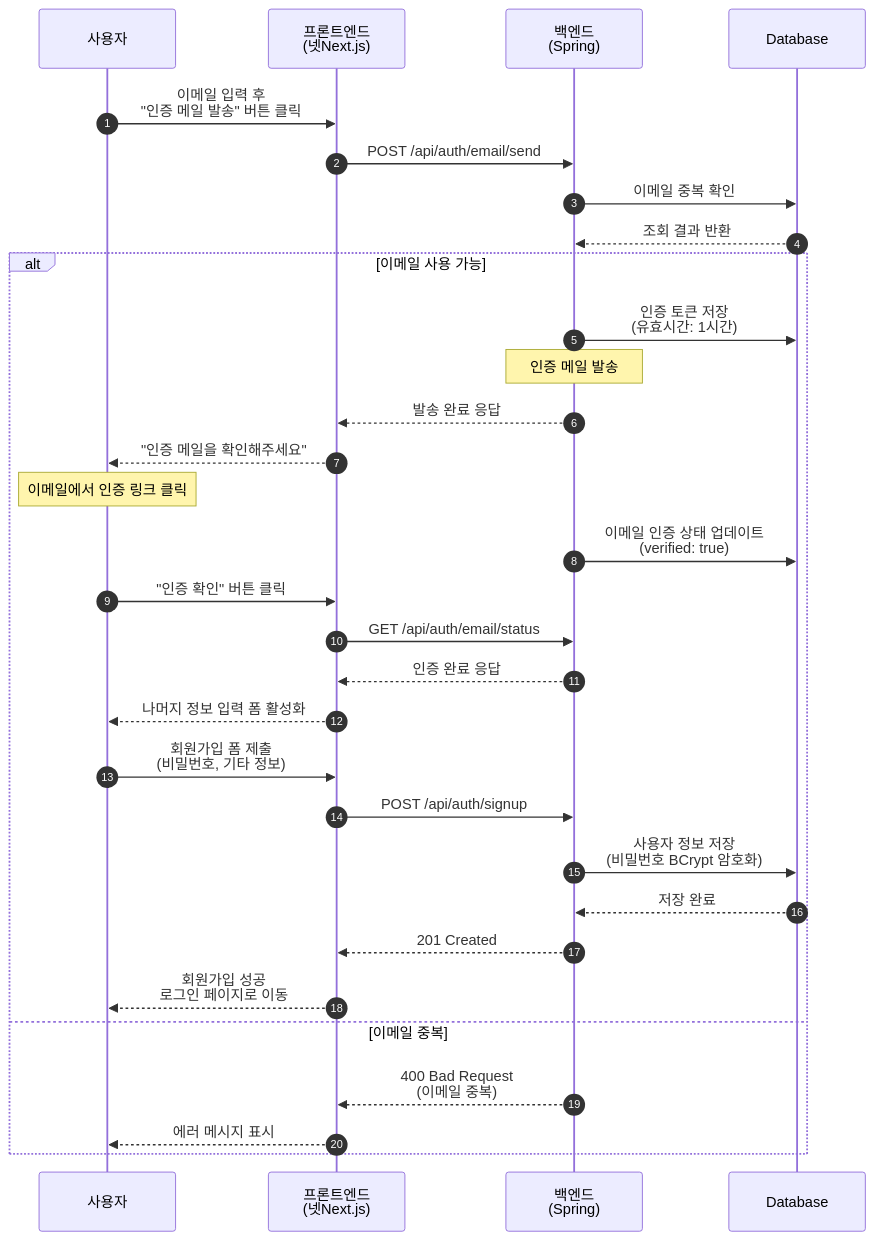
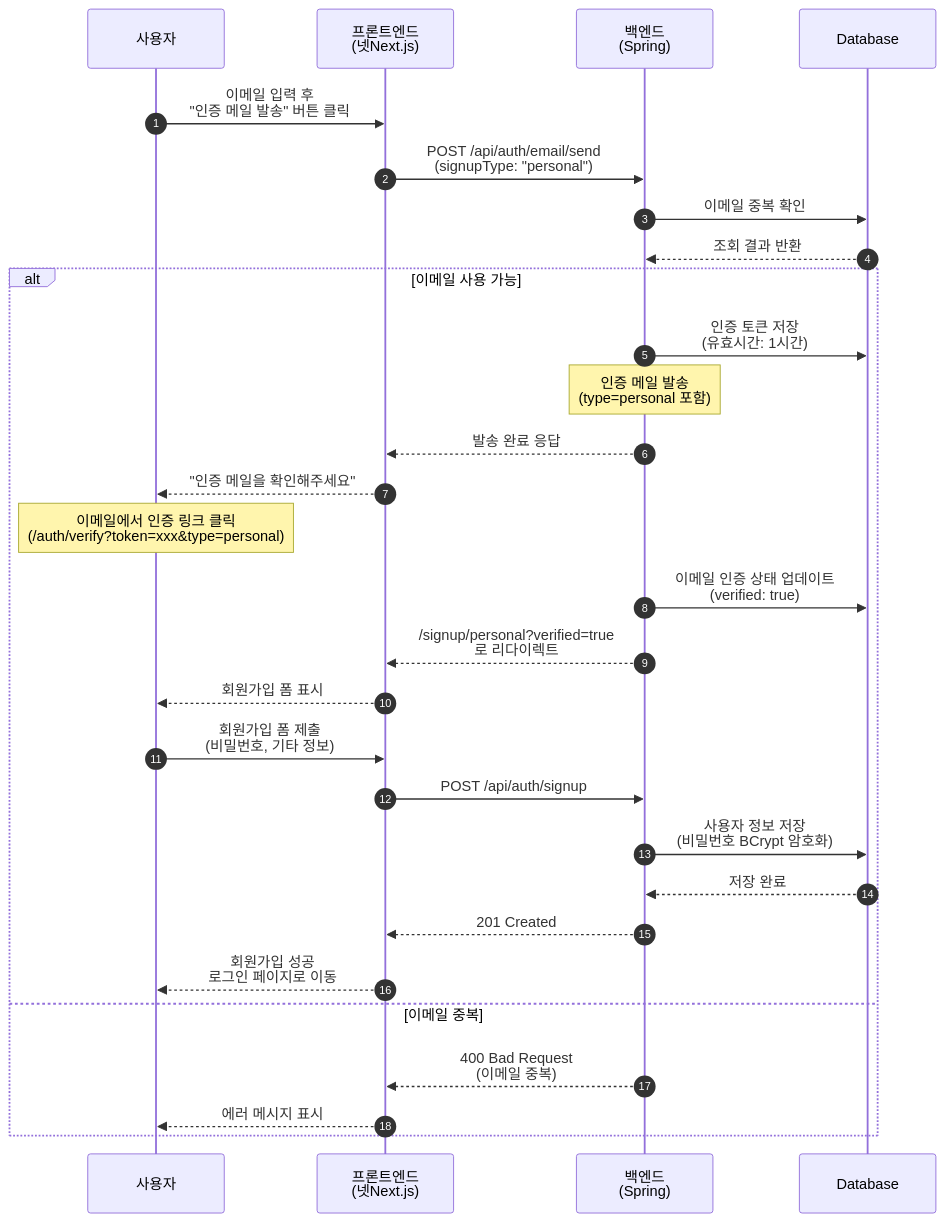
One commit to sw-campus/sw-campus-docs changed the first of 7 diagrams in sequence/auth/signup_login_diagram.md. Above: the diagram before and after it, drawn with Mermaid. The commit also changed other lines of this file and 3 other files, not shown here.

````diff
--- a/sequence/auth/signup_login_diagram.md
+++ b/sequence/auth/signup_login_diagram.md
@@ -5,39 +5,36 @@
 ```mermaid
 sequenceDiagram
     autonumber
     participant User as 사용자
     participant Frontend as 프론트엔드<br/>(넷Next.js)
     participant Backend as 백엔드<br/>(Spring)
     participant DB as Database
 
     User->>Frontend: 이메일 입력 후<br/>"인증 메일 발송" 버튼 클릭
-    Frontend->>Backend: POST /api/auth/email/send
+    Frontend->>Backend: POST /api/auth/email/send<br/>(signupType: "personal")
     Backend->>DB: 이메일 중복 확인
     DB-->>Backend: 조회 결과 반환
 
     alt 이메일 사용 가능
         Backend->>DB: 인증 토큰 저장<br/>(유효시간: 1시간)
-        Note over Backend: 인증 메일 발송
+        Note over Backend: 인증 메일 발송<br/>(type=personal 포함)
         Backend-->>Frontend: 발송 완료 응답
         Frontend-->>User: "인증 메일을 확인해주세요"
 
-        Note over User: 이메일에서 인증 링크 클릭
+        Note over User: 이메일에서 인증 링크 클릭<br/>(/auth/verify?token=xxx&type=personal)
         Backend->>DB: 이메일 인증 상태 업데이트<br/>(verified: true)
+        Backend-->>Frontend: /signup/personal?verified=true<br/>로 리다이렉트
         
-        User->>Frontend: "인증 확인" 버튼 클릭
-        Frontend->>Backend: GET /api/auth/email/status
-        Backend-->>Frontend: 인증 완료 응답
-        
-        Frontend-->>User: 나머지 정보 입력 폼 활성화
+        Frontend-->>User: 회원가입 폼 표시
         User->>Frontend: 회원가입 폼 제출<br/>(비밀번호, 기타 정보)
         Frontend->>Backend: POST /api/auth/signup
         Backend->>DB: 사용자 정보 저장<br/>(비밀번호 BCrypt 암호화)
         DB-->>Backend: 저장 완료
         Backend-->>Frontend: 201 Created
         Frontend-->>User: 회원가입 성공<br/>로그인 페이지로 이동
 
     else 이메일 중복
         Backend-->>Frontend: 400 Bad Request<br/>(이메일 중복)
         Frontend-->>User: 에러 메시지 표시
     end
 ```
````
